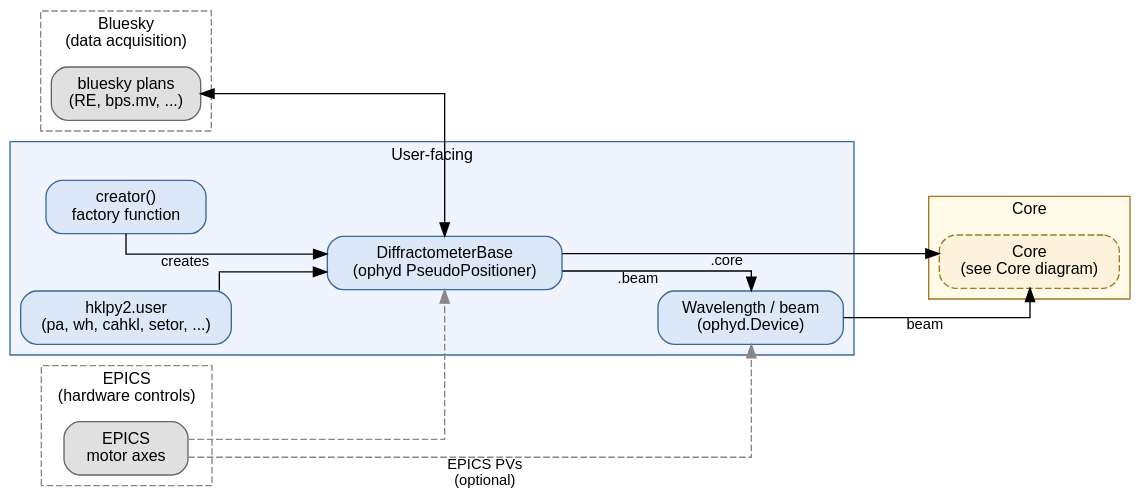
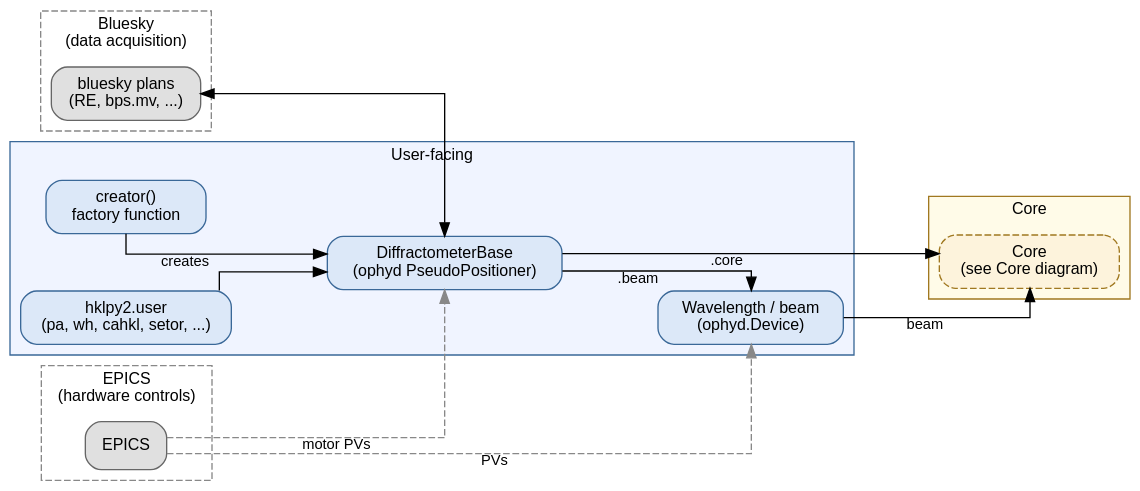
The diagram in docs/source/_static/hklpy2-user.dot (bluesky/hklpy2), drawn with Graphviz before and after one commit. The commit also changed 3 other files, not shown here.

First line of the commit message:
docs #311 add API navbar label, overview SVG to autoapi page, fix EPICS edge labels

```diff
--- a/docs/source/_static/hklpy2-user.dot
+++ b/docs/source/_static/hklpy2-user.dot
@@ -1,72 +1,71 @@
 // hklpy2 -- User-facing detail
 digraph hklpy2_user {
     graph [rankdir=LR, splines=ortho, nodesep=0.6, ranksep=1.0,
            fontname="sans-serif", fontsize=12, bgcolor="transparent",
            compound=true]
     node  [shape=box, style="rounded,filled", fontname="sans-serif",
            fontsize=12, margin="0.20,0.10"]
     edge  [fontname="sans-serif", fontsize=11]
 
     subgraph cluster_bluesky {
         label="Bluesky\n(data acquisition)"
         style=dashed
         color="#888888"
         fontname="sans-serif"
         fontsize=12
 
         bluesky [label="bluesky plans\n(RE, bps.mv, ...)",
                  fillcolor="#e0e0e0", color="#666666"]
     }
 
     subgraph cluster_epics {
         label="EPICS\n(hardware controls)"
         style=dashed
         color="#888888"
         fontname="sans-serif"
         fontsize=12
 
-        epics [label="EPICS\nmotor axes",
+        epics [label="EPICS",
                fillcolor="#e0e0e0", color="#666666"]
     }
 
     subgraph cluster_user {
         label="User-facing"
         style=filled
         fillcolor="#f0f4ff"
         color="#3a6898"
         fontname="sans-serif"
         fontsize=12
 
         creator    [label="creator()\nfactory function",
                     fillcolor="#dce8f8", color="#3a6898"]
         usermod    [label="hklpy2.user\n(pa, wh, cahkl, setor, ...)",
                     fillcolor="#dce8f8", color="#3a6898"]
         diffract   [label="DiffractometerBase\n(ophyd PseudoPositioner)",
                     fillcolor="#dce8f8", color="#3a6898"]
         wavelength [label="Wavelength / beam\n(ophyd.Device)",
                     fillcolor="#dce8f8", color="#3a6898"]
     }
 
     subgraph cluster_core {
         label="Core"
         style=filled
         fillcolor="#fffbe8"
         color="#a07820"
         fontname="sans-serif"
         fontsize=12
 
         core_box [label="Core\n(see Core diagram)",
                   fillcolor="#fdf3dc", color="#a07820",
                   style="rounded,filled,dashed"]
     }
 
     bluesky    -> diffract   [dir=both]
-    epics      -> diffract   [style=dashed, color="#888888"]
-    epics      -> wavelength [xlabel="EPICS PVs\n(optional)",
-                              style=dashed, color="#888888"]
+    epics      -> diffract   [xlabel="motor PVs", style=dashed, color="#888888"]
+    epics      -> wavelength [xlabel="PVs", style=dashed, color="#888888"]
     creator    -> diffract   [xlabel="creates"]
     usermod    -> diffract
     diffract   -> wavelength [xlabel=".beam"]
     diffract   -> core_box   [xlabel=".core"]
     wavelength -> core_box   [xlabel="beam"]
 }
```
